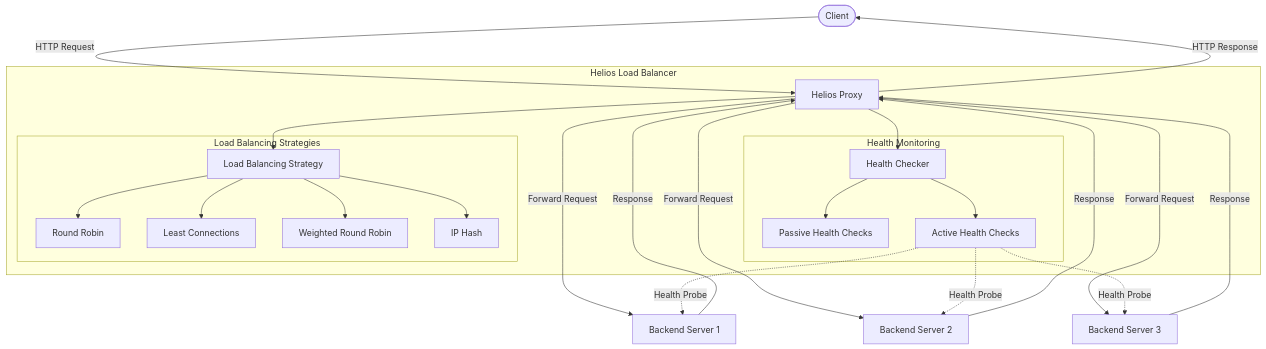
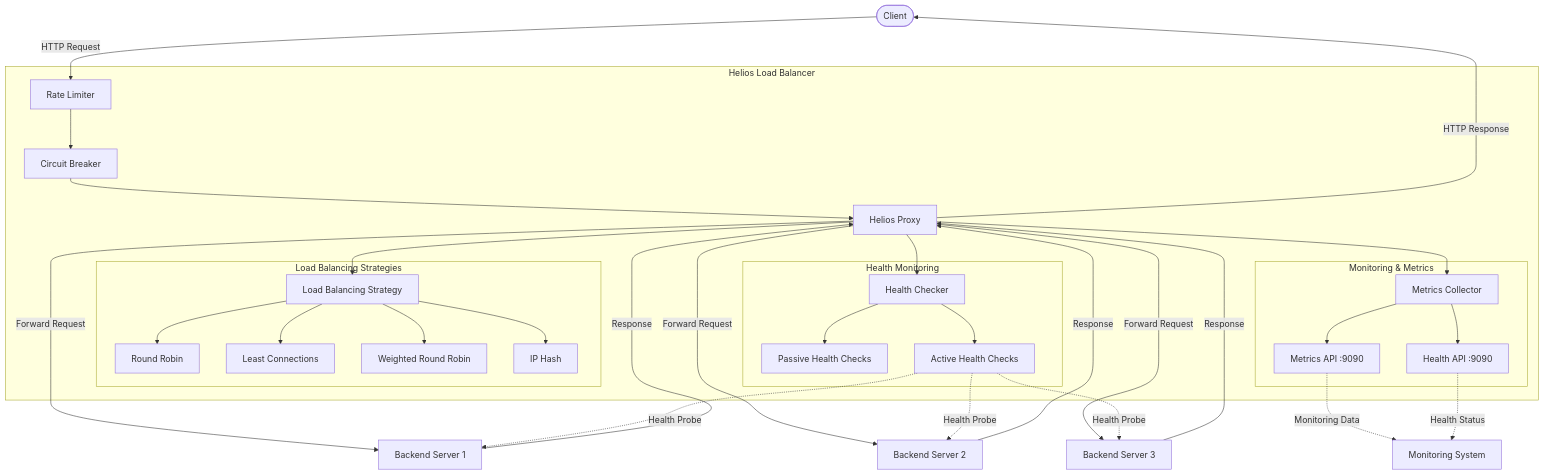
Before and after one commit to 0xReLogic/Helios: the diagram in README.md, drawn with Mermaid. The commit also changed other lines of this file and 11 other files, not shown here.

````diff
--- a/README.md
+++ b/README.md
@@ -36,35 +144,46 @@
 ```mermaid
 graph TD
-    Client([Client]) -->|HTTP Request| Helios
+    Client([Client]) -->|HTTP Request| RateLimit[Rate Limiter]
     
     subgraph "Helios Load Balancer"
-        Helios[Helios Proxy] --> LoadBalancer[Load Balancing Strategy]
+        RateLimit --> CircuitBreaker[Circuit Breaker]
+        CircuitBreaker --> Helios[Helios Proxy]
+        Helios --> LoadBalancer[Load Balancing Strategy]
         Helios --> HealthChecker[Health Checker]
+        Helios --> MetricsCollector[Metrics Collector]
         
         subgraph "Health Monitoring"
             HealthChecker --> PassiveChecks[Passive Health Checks]
             HealthChecker --> ActiveChecks[Active Health Checks]
         end
         
         subgraph "Load Balancing Strategies"
             LoadBalancer --> RoundRobin[Round Robin]
             LoadBalancer --> LeastConn[Least Connections]
             LoadBalancer --> WeightedRR[Weighted Round Robin]
             LoadBalancer --> IPHash[IP Hash]
+        end
+        
+        subgraph "Monitoring & Metrics"
+            MetricsCollector --> MetricsAPI[Metrics API :9090]
+            MetricsCollector --> HealthAPI[Health API :9090]
         end
     end
     
     Helios -->|Forward Request| Backend1[Backend Server 1]
     Helios -->|Forward Request| Backend2[Backend Server 2]
     Helios -->|Forward Request| Backend3[Backend Server 3]
     
     ActiveChecks -.->|Health Probe| Backend1
     ActiveChecks -.->|Health Probe| Backend2
     ActiveChecks -.->|Health Probe| Backend3
     
     Backend1 -->|Response| Helios
     Backend2 -->|Response| Helios
     Backend3 -->|Response| Helios
     
     Helios -->|HTTP Response| Client
+    
+    MetricsAPI -.->|Monitoring Data| Monitoring[Monitoring System]
+    HealthAPI -.->|Health Status| Monitoring
 ```
````
